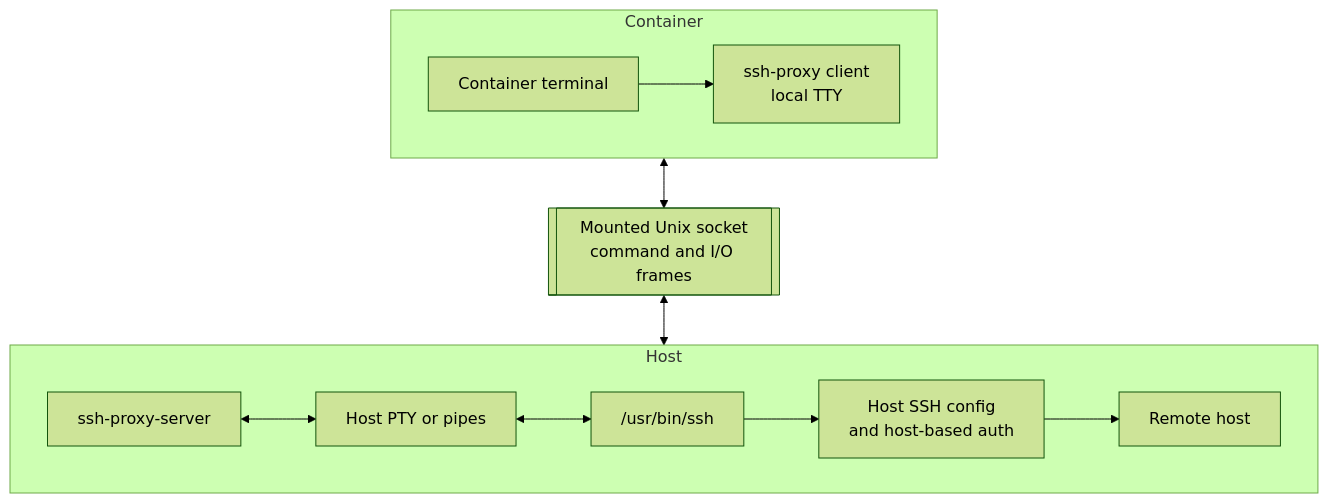
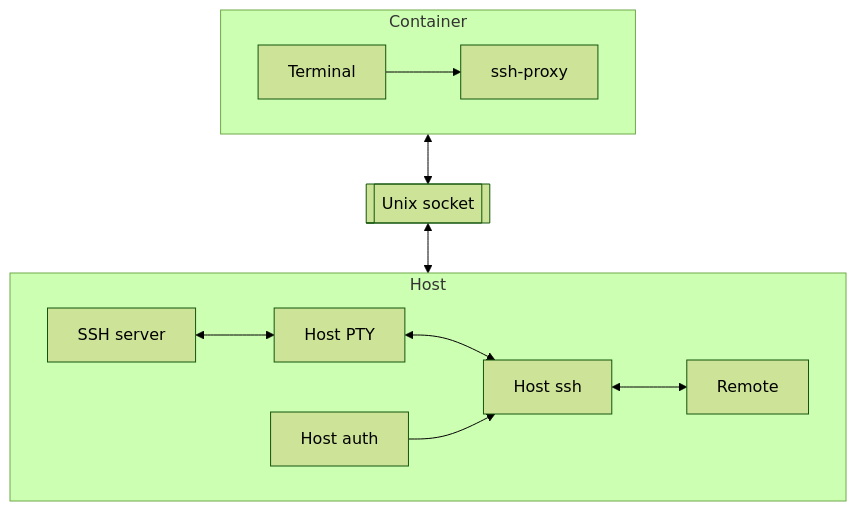
The second of 2 diagrams in docs/proxies.md (NERSC/perlmutter-desktop-containers), drawn with Mermaid (forest theme) before and after one commit. The commit also changed other lines of this file and 2 other files, not shown here.

Commit message:
Shorten Mermaid labels across guides and proxy README

````diff
--- a/docs/proxies.md
+++ b/docs/proxies.md
@@ -72,26 +72,27 @@
 ```mermaid
 flowchart TB
     subgraph Container
         direction LR
-        term["Container terminal"]
-        sshshim["ssh-proxy client<br/>local TTY"]
+        term["Terminal"]
+        sshshim["ssh-proxy"]
         term --> sshshim
     end
 
-    socket[["Mounted Unix socket<br/>command and I/O frames"]]
+    socket[["Unix socket"]]
 
     subgraph Host
         direction LR
-        server["ssh-proxy-server"]
-        hostpty["Host PTY or pipes"]
-        realssh["/usr/bin/ssh"]
-        auth["Host SSH config<br/>and host-based auth"]
-        target["Remote host"]
+        server["SSH server"]
+        hostpty["Host PTY"]
+        realssh["Host ssh"]
+        auth["Host auth"]
+        target["Remote"]
         server <--> hostpty
         hostpty <--> realssh
-        realssh --> auth --> target
+        auth --> realssh
+        realssh <--> target
     end
 
-    Container <--> socket
-    socket <--> Host
+    sshshim <--> socket
+    socket <--> server
 ```
````
